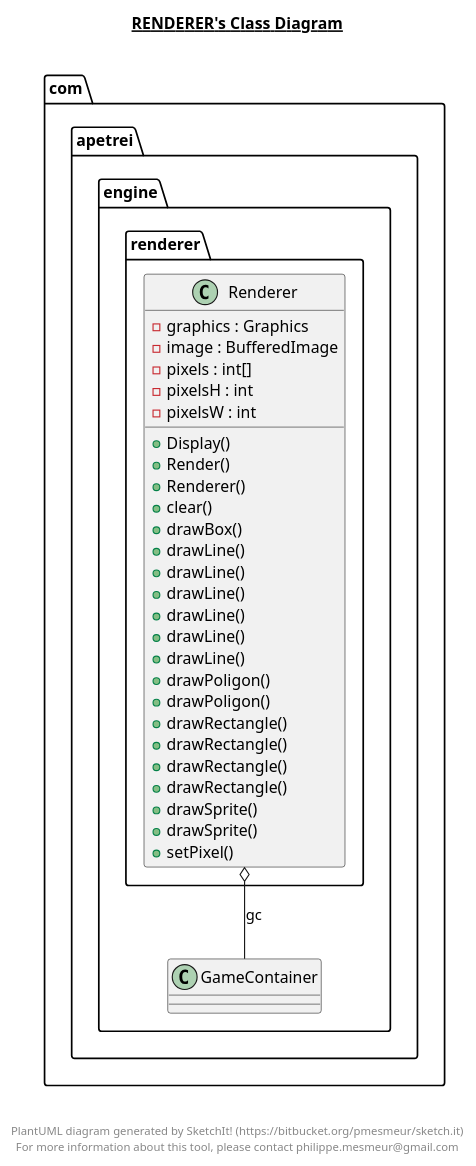
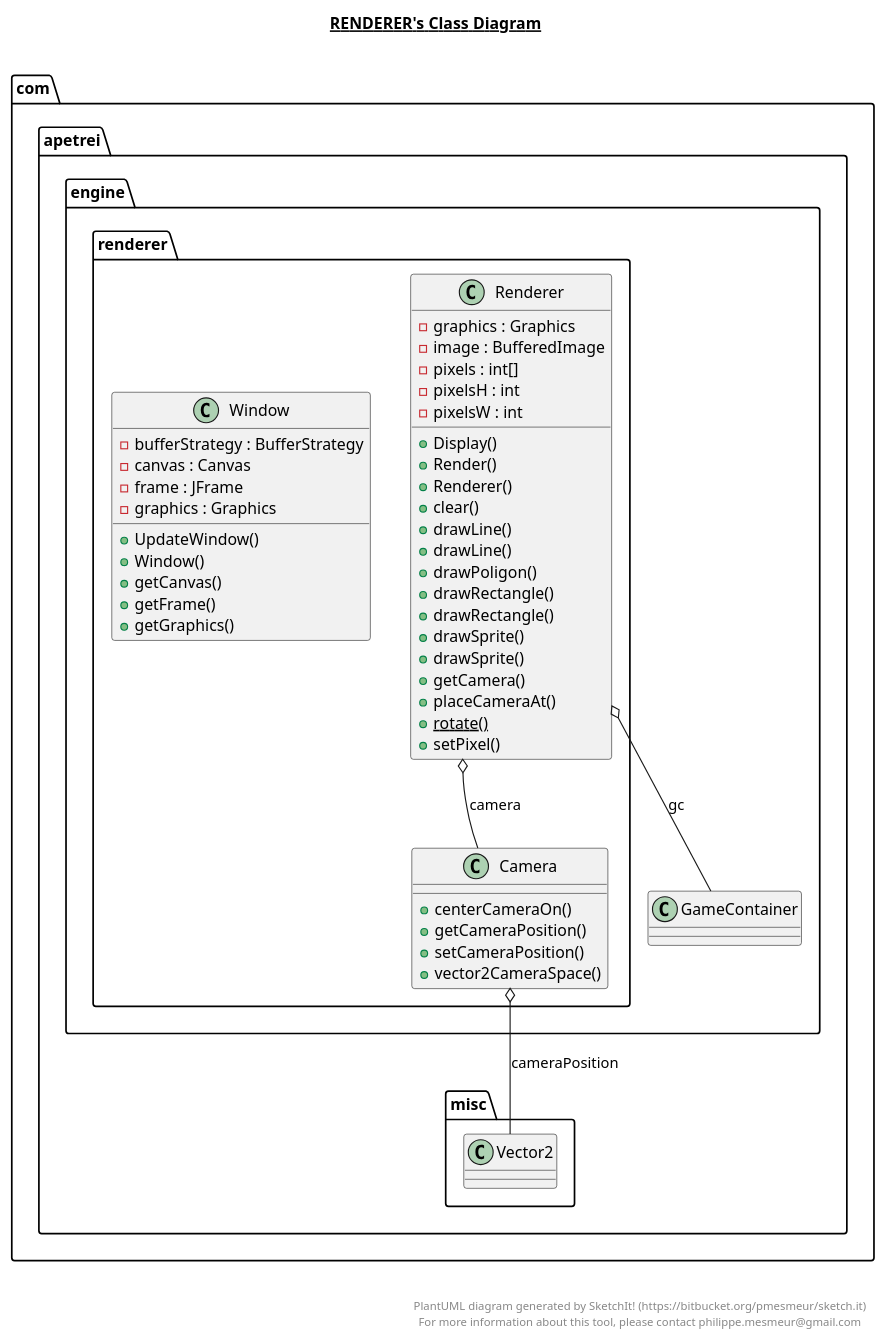
Before and after one commit to TheWiseWolfy/Wild-Sky: the diagram in out/production/Skewed Engine/com/apetrei/engine/renderer/renderer.plantuml, drawn with PlantUML. The commit also changed 61 other files, not shown here.

```diff
--- a/out/production/Skewed Engine/com/apetrei/engine/renderer/renderer.plantuml
+++ b/out/production/Skewed Engine/com/apetrei/engine/renderer/renderer.plantuml
@@ -1,48 +1,74 @@
 @startuml
 
 title __RENDERER's Class Diagram__\n
+
+  namespace com.apetrei.engine {
+    namespace renderer {
+      class com.apetrei.engine.renderer.Camera {
+          + centerCameraOn()
+          + getCameraPosition()
+          + setCameraPosition()
+          + vector2CameraSpace()
+      }
+    }
+  }
+  
 
   namespace com.apetrei.engine {
     namespace renderer {
       class com.apetrei.engine.renderer.Renderer {
           - graphics : Graphics
           - image : BufferedImage
           - pixels : int[]
           - pixelsH : int
           - pixelsW : int
           + Display()
           + Render()
           + Renderer()
           + clear()
-          + drawBox()
-          + drawLine()
-          + drawLine()
-          + drawLine()
-          + drawLine()
           + drawLine()
           + drawLine()
           + drawPoligon()
-          + drawPoligon()
-          + drawRectangle()
-          + drawRectangle()
           + drawRectangle()
           + drawRectangle()
           + drawSprite()
           + drawSprite()
+          + getCamera()
+          + placeCameraAt()
+          {static} + rotate()
           + setPixel()
       }
     }
   }
   
 
+  namespace com.apetrei.engine {
+    namespace renderer {
+      class com.apetrei.engine.renderer.Window {
+          - bufferStrategy : BufferStrategy
+          - canvas : Canvas
+          - frame : JFrame
+          - graphics : Graphics
+          + UpdateWindow()
+          + Window()
+          + getCanvas()
+          + getFrame()
+          + getGraphics()
+      }
+    }
+  }
+  
+
+  com.apetrei.engine.renderer.Camera o-- com.apetrei.misc.Vector2 : cameraPosition
+  com.apetrei.engine.renderer.Renderer o-- com.apetrei.engine.renderer.Camera : camera
   com.apetrei.engine.renderer.Renderer o-- com.apetrei.engine.GameContainer : gc
 
 
 right footer
 
 
 PlantUML diagram generated by SketchIt! (https://bitbucket.org/pmesmeur/sketch.it)
 For more information about this tool, please contact philippe.mesmeur@gmail.com
 endfooter
 
 @enduml
```
